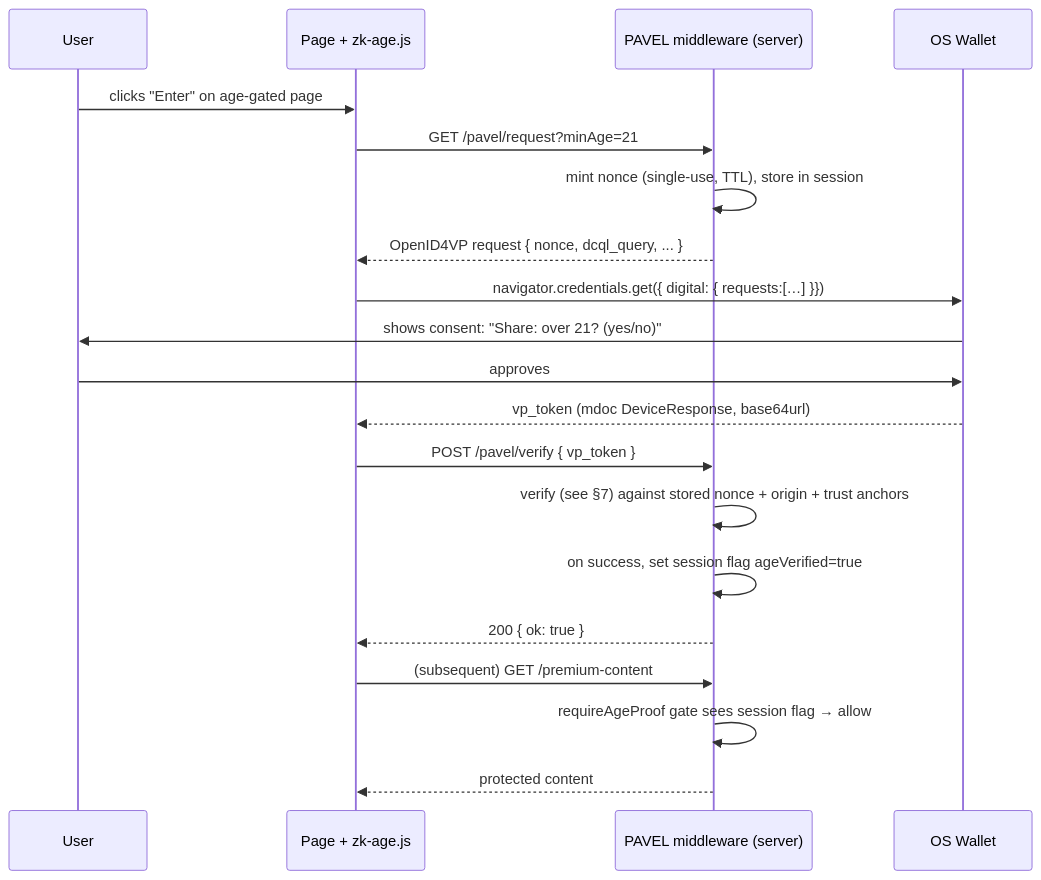
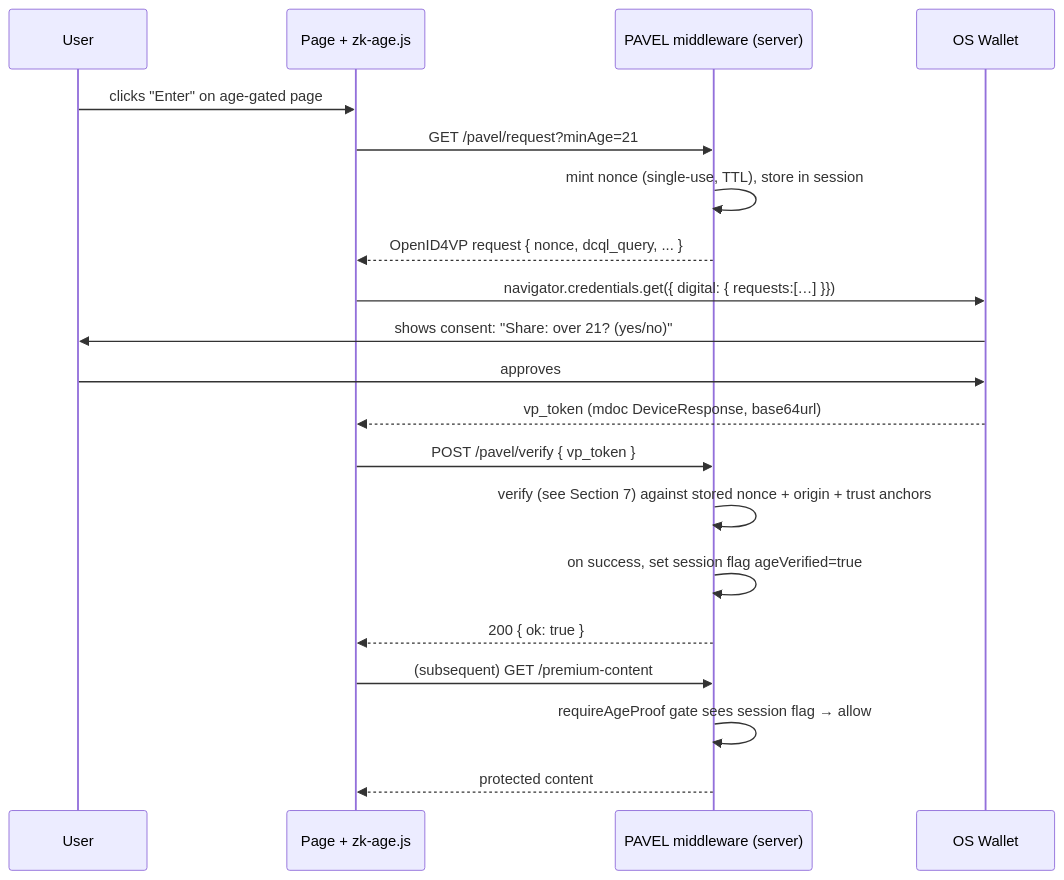
Before and after one commit to justinswork/pavel: the second of 4 diagrams in docs/ARCHITECTURE.md, drawn with Mermaid. The commit also changed other lines of this file and 7 other files, not shown here.

````diff
--- a/docs/ARCHITECTURE.md
+++ b/docs/ARCHITECTURE.md
@@ -111,23 +111,23 @@
 ```mermaid
 sequenceDiagram
     participant U as User
     participant P as Page + zk-age.js
     participant S as PAVEL middleware (server)
     participant W as OS Wallet
 
     U->>P: clicks "Enter" on age-gated page
     P->>S: GET /pavel/request?minAge=21
     S->>S: mint nonce (single-use, TTL), store in session
     S-->>P: OpenID4VP request { nonce, dcql_query, ... }
     P->>W: navigator.credentials.get({ digital: { requests:[…] }})
     W->>U: shows consent: "Share: over 21? (yes/no)"
     U->>W: approves
     W-->>P: vp_token (mdoc DeviceResponse, base64url)
     P->>S: POST /pavel/verify { vp_token }
-    S->>S: verify (see §7) against stored nonce + origin + trust anchors
+    S->>S: verify (see Section 7) against stored nonce + origin + trust anchors
     S->>S: on success, set session flag ageVerified=true
     S-->>P: 200 { ok: true }
     P->>S: (subsequent) GET /premium-content
     S->>S: requireAgeProof gate sees session flag → allow
     S-->>P: protected content
 ```
````
